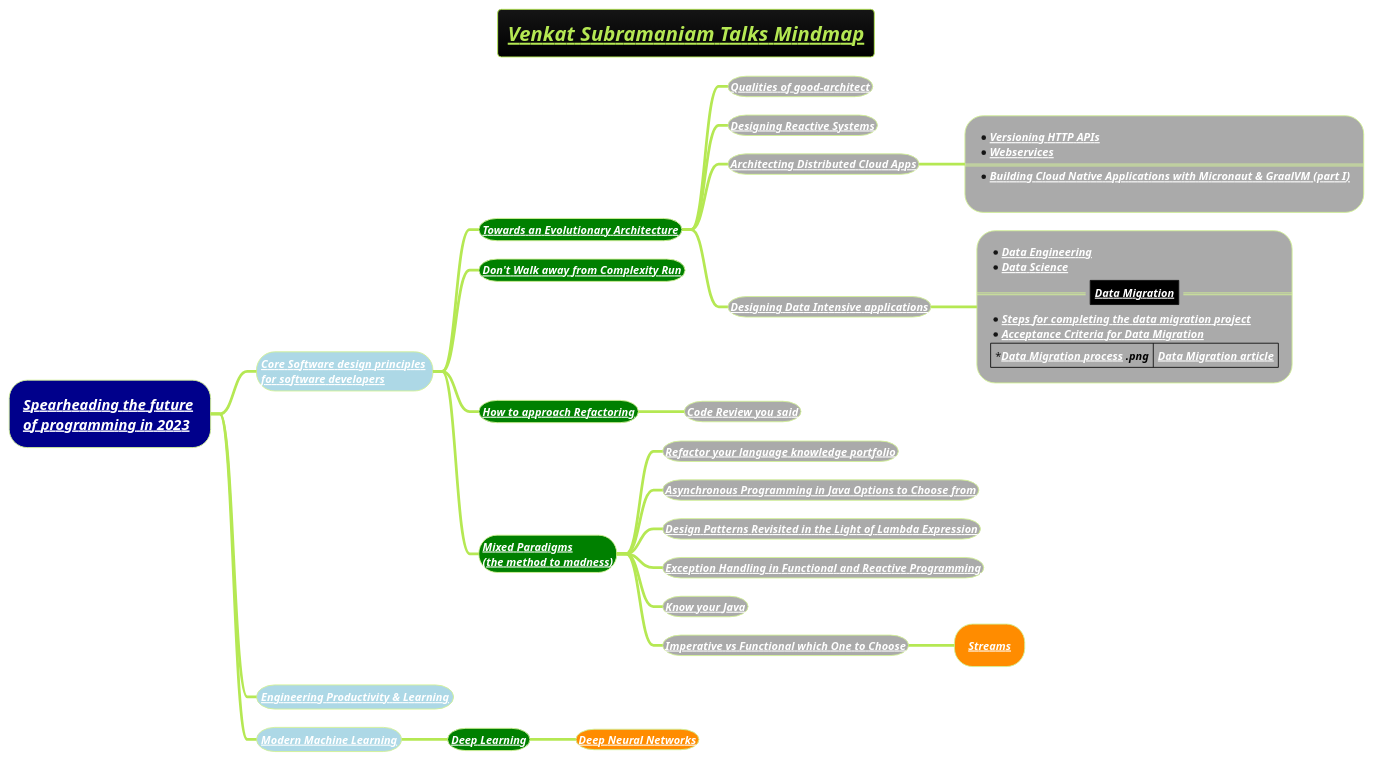
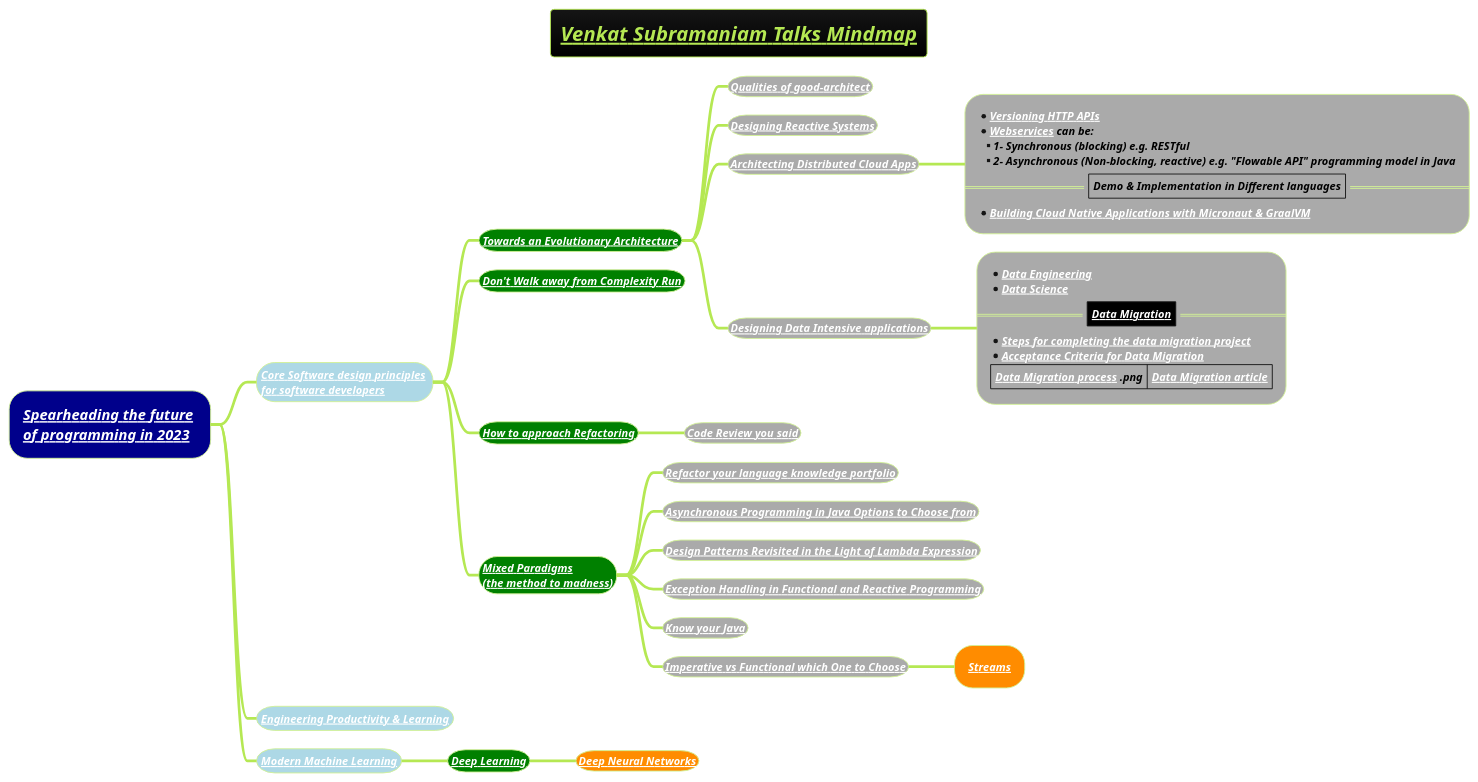
The diagram in docs/3-programming-languages/Venkat-Subramaniam/venkat-talks-mindmap.puml (MehmoodHashmi/Documentation-as-Code-DaC), drawn with PlantUML before and after one commit. The commit also changed 20 other files, not shown here.

```diff
--- a/docs/3-programming-languages/Venkat-Subramaniam/venkat-talks-mindmap.puml
+++ b/docs/3-programming-languages/Venkat-Subramaniam/venkat-talks-mindmap.puml
@@ -1,40 +1,41 @@
 @startmindmap
 title =<i><b><u><size:18>Venkat Subramaniam Talks Mindmap
 !theme hacker
 
 *[#darkblue] <i><color #black>[[docs/3-programming-languages/Venkat-Subramaniam/Spearheading-the-future-of-programming-2023.puml Spearheading the future]] \n<i><color #black>[[docs/3-programming-languages/Venkat-Subramaniam/Spearheading-the-future-of-programming-2023.puml of programming in 2023]]
 **[#lightblue] <color:white><i><size:12>[[docs/3-programming-languages/Venkat-Subramaniam/Core-Software-design-principles-for-software-developers.puml Core Software design principles]] \n<color:white><i><size:12>[[docs/3-programming-languages/Venkat-Subramaniam/Core-Software-design-principles-for-software-developers.puml for software developers ]]
 ***[#green] <b><i><color #black><size:12>[[docs/3-programming-languages/Venkat-Subramaniam/Towards-an-Evolutionary-Architecture.puml Towards an Evolutionary Architecture]]
 ****[#a] <b><i><color #black><size:12>[[docs/3-programming-languages/Venkat-Subramaniam/Qualities-of-good-architect.puml Qualities of good-architect]]
 ****[#a] <b><i><color #black><size:12>[[docs/3-programming-languages/Venkat-Subramaniam/Designing-Reactive-Systems.puml Designing Reactive Systems]]
 ****[#a] <b><i><color #black><size:12>[[docs/3-programming-languages/Venkat-Subramaniam/Architecting-Distributed-Cloud-Apps.puml Architecting Distributed Cloud Apps]]
 *****[#a]:*<b><i><color #black><size:12>[[docs/3-programming-languages/Venkat-Subramaniam/Architecting-Distributed-Cloud-Apps.puml Versioning HTTP APIs]]
-*<b><i><color #black><size:12>[[docs/3-programming-languages/Venkat-Subramaniam/webservice.puml Webservices]]
-====
-*<b><i><color #black><size:12>[[docs/3-programming-languages/Venkat-Subramaniam/Building-Cloud-Native-Applications-with-Micronaut-and-GraalVM.puml Building Cloud Native Applications with Micronaut & GraalVM (part I)]]
-;
+*<b><i><color #black><size:12>[[docs/3-programming-languages/Venkat-Subramaniam/webservice.puml Webservices]] can be:
+**<b><i><color #black><size:12>1- Synchronous (blocking) e.g. RESTful
+**<b><i><color #black><size:12>2- Asynchronous (Non-blocking, reactive) e.g. "Flowable API" programming model in Java
+==|<b><i><color #black><size:12>Demo & Implementation in Different languages|==
+*<b><i><color #black><size:12>[[docs/3-programming-languages/Venkat-Subramaniam/Building-Cloud-Native-Applications-with-Micronaut-and-GraalVM.puml Building Cloud Native Applications with Micronaut & GraalVM]];
 ****[#a] <b><i><color #black><size:12>[[docs/books/1-books-backlog/DBMS/Designing-Data-Intensive-Applications.puml Designing Data Intensive applications]]
 *****[#a]:*<b><i><color #black><size:12>[[docs/AI-ML-DL-Data-Science-and-BigData/data-science/data-engineering/Data-Engineering.puml Data Engineering]]
 *<b><i><color #black><size:12>[[docs/AI-ML-DL-Data-Science-and-BigData/data-science/Data-Science.puml Data Science]]
 ==|<#black><b><i><color #black><size:12>[[docs/AI-ML-DL-Data-Science-and-BigData/data-science/data-or-database-migration/Data-Migration.puml Data Migration]]|==
 *<b><i><color #black><size:12>[[docs/AI-ML-DL-Data-Science-and-BigData/data-science/data-or-database-migration/steps-for-completing-the-data-migration-project.puml Steps for completing the data migration project]]
 *<b><i><color #black><size:12>[[docs/AI-ML-DL-Data-Science-and-BigData/data-science/data-or-database-migration/Acceptance-Criteria-for-Data-Migration.puml Acceptance Criteria for Data Migration]]
-|*<b><i><color #black><size:12>[[docs/AI-ML-DL-Data-Science-and-BigData/data-science/data-or-database-migration/images/img_1.png Data Migration process]] .png|<b><i><color #black><size:12>[[https://corporatefinanceinstitute.com/resources/data-science/data-migration/ Data Migration article]]|;
+|<b><i><color #black><size:12>[[docs/AI-ML-DL-Data-Science-and-BigData/data-science/data-or-database-migration/images/img_1.png Data Migration process]] .png|<b><i><color #black><size:12>[[https://corporatefinanceinstitute.com/resources/data-science/data-migration/ Data Migration article]]|;
 
 ***[#green] <b><i><color #black><size:12>[[docs/3-programming-languages/Venkat-Subramaniam/Do-not-Walk-Away-From-Complexity-Run.puml Don't Walk away from Complexity Run]]
 ***[#green] <b><i><color #black><size:12>[[docs/3-programming-languages/Venkat-Subramaniam/how-to-approach-refactoring.puml How to approach Refactoring]]
 ****[#a] <b><i><color #black><size:12>[[docs/3-programming-languages/Venkat-Subramaniam/Code-Review-you-said.puml Code Review you said]]
 ***[#green] <b><i><color #black><size:12>[[docs/3-programming-languages/Venkat-Subramaniam/mixed-paradigms-(the-method-to-madness).puml Mixed Paradigms]] \n<b><i><color #black><size:12>[[docs/3-programming-languages/Venkat-Subramaniam/mixed-paradigms-(the-method-to-madness).puml (the method to madness)]]
 ****[#a] <b><i><color #black><size:12>[[docs/3-programming-languages/Venkat-Subramaniam/Refactor-your-language-knowledge-portfolio-(we-are-what-we-can-code-in).puml Refactor your language knowledge portfolio]]
 ****[#a] <b><i><color #black><size:12>[[docs/3-programming-languages/Venkat-Subramaniam/Asynchronous-Programming-in-Java-Options-to-Choose-from.puml Asynchronous Programming in Java Options to Choose from]]
 ****[#a] <b><i><color #black><size:12>[[docs/3-programming-languages/Venkat-Subramaniam/Design-Patterns-revisited-in-the-Light-of-Lambda-Expression.puml Design Patterns Revisited in the Light of Lambda Expression]]
 ****[#a] <b><i><color #black><size:12>[[docs/3-programming-languages/Venkat-Subramaniam/Exception-Handling-in-Functional-and-Reactive-Programming.puml Exception Handling in Functional and Reactive Programming]]
 ****[#a] <b><i><color #black><size:12>[[docs/3-programming-languages/Venkat-Subramaniam/Know-your-java-venkat.puml Know your Java]]
 ****[#a] <b><i><color #black><size:12>[[docs/3-programming-languages/Venkat-Subramaniam/Imperative-vs-Functional-Which-one-to-Choose.puml Imperative vs Functional which One to Choose]]
 *****[#darkorange] <b><i><color #black><size:12>[[docs/3-programming-languages/Venkat-Subramaniam/Streams.puml Streams]]
 **[#lightblue] <b><i><color #black><size:12>[[docs/3-programming-languages/Venkat-Subramaniam/Engineering-Productivity-and-Learning.puml Engineering Productivity & Learning]]
 **[#lightblue] <b><i><color #black><size:12>[[docs/AI-ML-DL-Data-Science-and-BigData/machine-learning-ML/Modern-Machine-Learning.puml Modern Machine Learning]]
 ***[#green] <b><i><color #black><size:12>[[docs/AI-ML-DL-Data-Science-and-BigData/machine-learning-ML/3-deep-learning-DL/Deep-Learning.puml Deep Learning]]
 ****[#darkorange] <b><i><color #black><size:12>[[docs/AI-ML-DL-Data-Science-and-BigData/machine-learning-ML/3-deep-learning-DL/Neural-Network-Architecture.puml Deep Neural Networks]]
 
 @endmindmap
```
